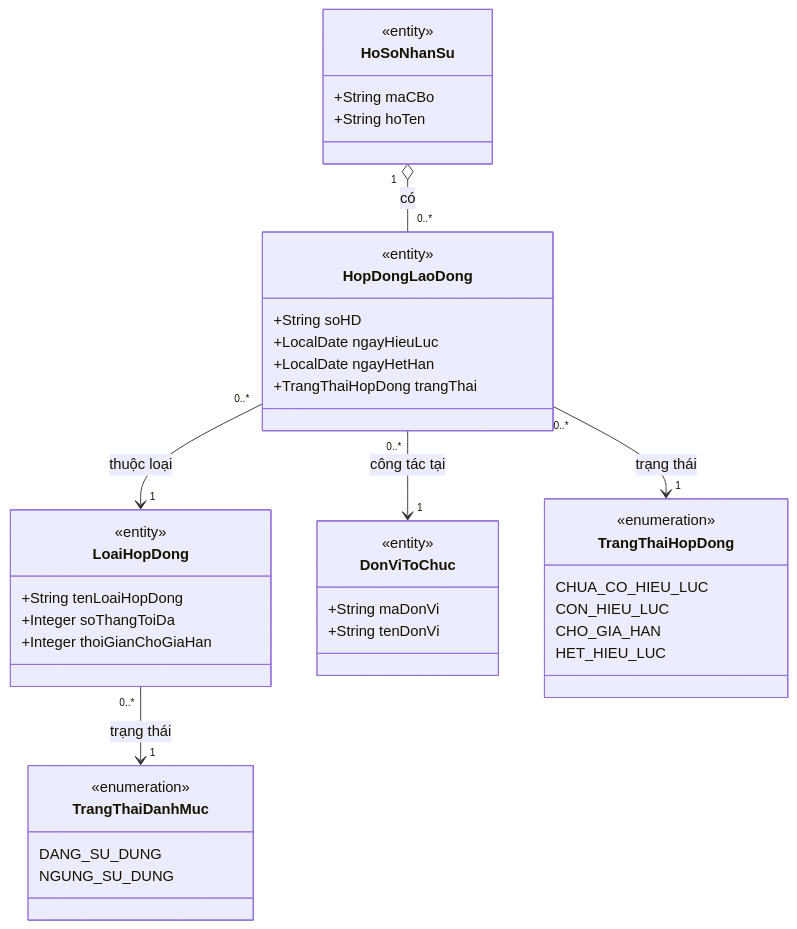
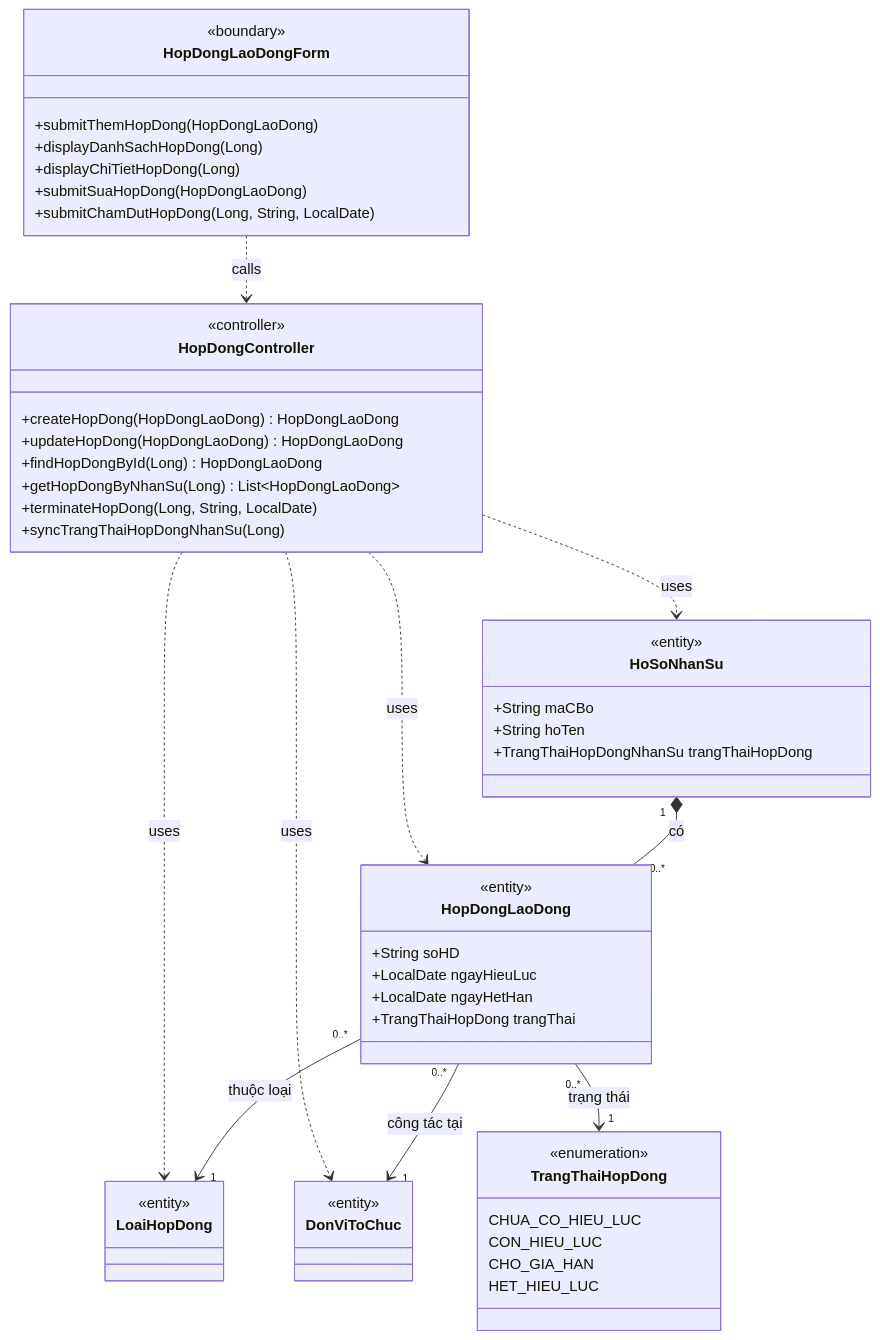
Before and after one commit to LoudlyDawn2108/ptycpm: the fifth of 11 diagrams in system-spec/class-diagram.md, drawn with Mermaid. The commit also changed other lines of this file and 6 other files, not shown here.

````diff
--- a/system-spec/class-diagram.md
+++ b/system-spec/class-diagram.md
@@ -1395,49 +2188,58 @@
 ```mermaid
 classDiagram
+    class HopDongLaoDongForm {
+        <<boundary>>
+        +submitThemHopDong(HopDongLaoDong)
+        +displayDanhSachHopDong(Long)
+        +displayChiTietHopDong(Long)
+        +submitSuaHopDong(HopDongLaoDong)
+        +submitChamDutHopDong(Long, String, LocalDate)
+    }
+
+    class HopDongController {
+        <<controller>>
+        +createHopDong(HopDongLaoDong) HopDongLaoDong
+        +updateHopDong(HopDongLaoDong) HopDongLaoDong
+        +findHopDongById(Long) HopDongLaoDong
+        +getHopDongByNhanSu(Long) List~HopDongLaoDong~
+        +terminateHopDong(Long, String, LocalDate)
+        +syncTrangThaiHopDongNhanSu(Long)
+    }
+
     class HoSoNhanSu {
         <<entity>>
         +String maCBo
         +String hoTen
+        +TrangThaiHopDongNhanSu trangThaiHopDong
     }
 
     class HopDongLaoDong {
         <<entity>>
         +String soHD
         +LocalDate ngayHieuLuc
         +LocalDate ngayHetHan
         +TrangThaiHopDong trangThai
     }
 
-    class LoaiHopDong {
-        <<entity>>
-        +String tenLoaiHopDong
-        +Integer soThangToiDa
-        +Integer thoiGianChoGiaHan
-    }
-
-    class DonViToChuc {
-        <<entity>>
-        +String maDonVi
-        +String tenDonVi
-    }
+    class LoaiHopDong { <<entity>> }
+    class DonViToChuc { <<entity>> }
 
     class TrangThaiHopDong {
         <<enumeration>>
         CHUA_CO_HIEU_LUC
         CON_HIEU_LUC
         CHO_GIA_HAN
         HET_HIEU_LUC
     }
 
-    class TrangThaiDanhMuc {
-        <<enumeration>>
-        DANG_SU_DUNG
-        NGUNG_SU_DUNG
-    }
+    HopDongLaoDongForm ..> HopDongController : calls
+    HopDongController ..> HopDongLaoDong : uses
+    HopDongController ..> HoSoNhanSu : uses
+    HopDongController ..> LoaiHopDong : uses
+    HopDongController ..> DonViToChuc : uses
 
-    HoSoNhanSu "1" o-- "0..*" HopDongLaoDong : có
+    HoSoNhanSu "1" *-- "0..*" HopDongLaoDong : có
     HopDongLaoDong "0..*" --> "1" LoaiHopDong : thuộc loại
     HopDongLaoDong "0..*" --> "1" DonViToChuc : công tác tại
     HopDongLaoDong "0..*" --> "1" TrangThaiHopDong : trạng thái
-    LoaiHopDong "0..*" --> "1" TrangThaiDanhMuc : trạng thái
 ```
````
